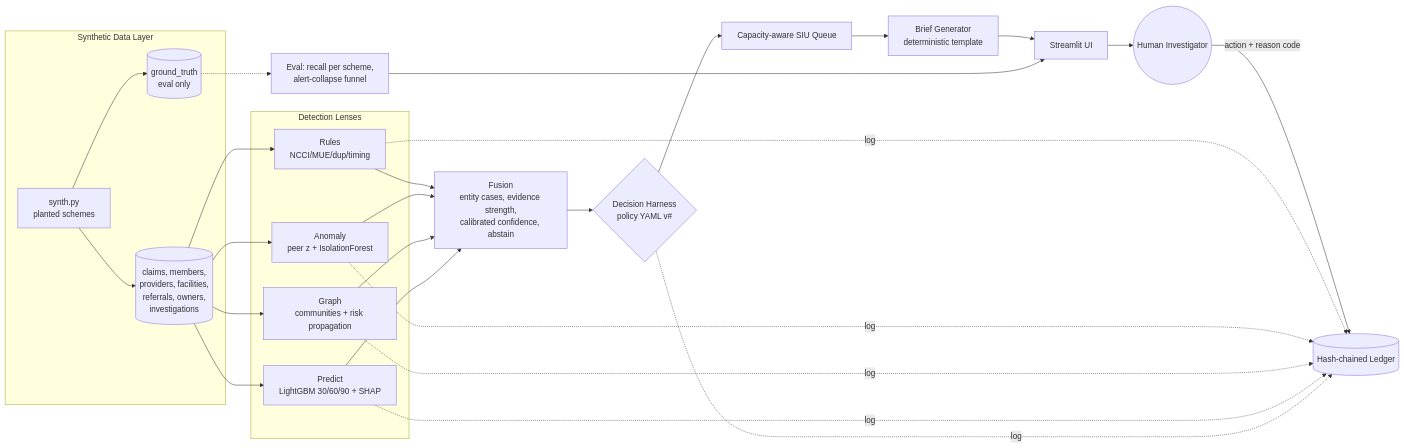
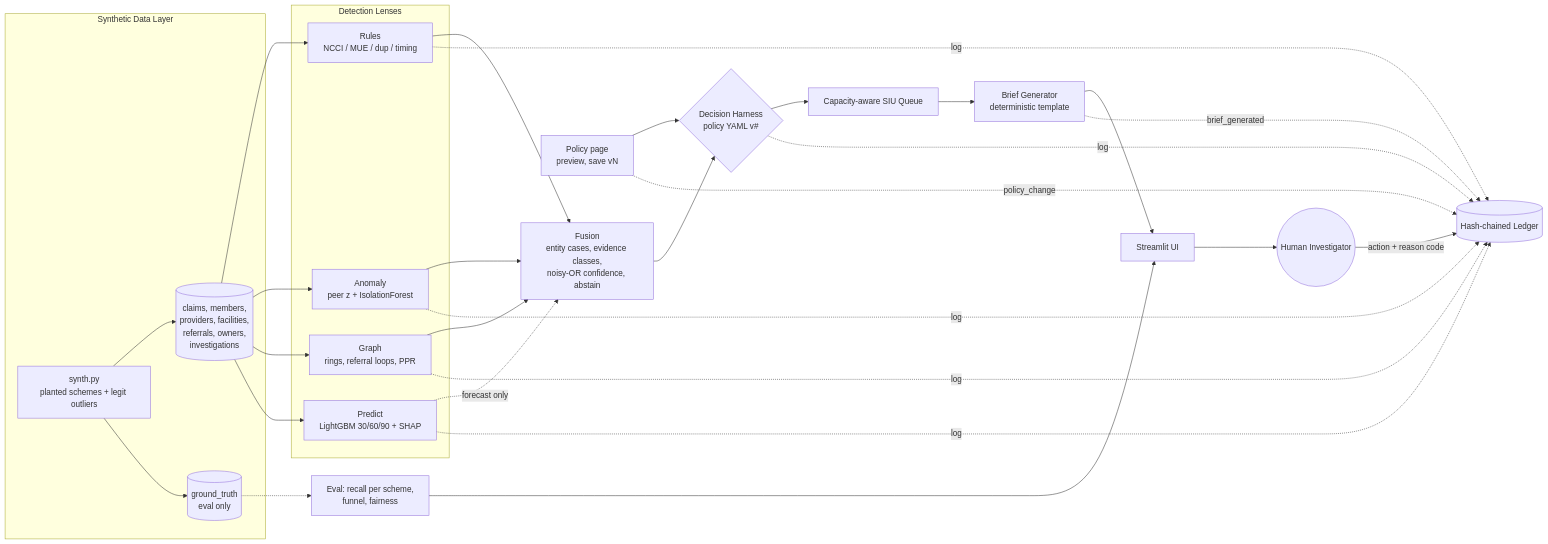
One commit to Aryan27-max/ClaimShield-Nexus changed the first of 6 diagrams in ARCHITECTURE.md. Above: the diagram before and after it, drawn with Mermaid. The commit also changed other lines of this file and 1 other file, not shown here.

Commit message:
docs: professional readme

````diff
--- a/ARCHITECTURE.md
+++ b/ARCHITECTURE.md
@@ -11,25 +11,29 @@
 ```mermaid
 flowchart LR
   subgraph DATA[Synthetic Data Layer]
-    G[synth.py<br/>planted schemes] --> T[(claims, members,<br/>providers, facilities,<br/>referrals, owners,<br/>investigations)]
-    G --> GT[(ground_truth<br/>eval only)]
+    G["synth.py<br/>planted schemes + legit outliers"] --> T[("claims, members,<br/>providers, facilities,<br/>referrals, owners,<br/>investigations")]
+    G --> GT[("ground_truth<br/>eval only")]
   end
 
   subgraph LENSES[Detection Lenses]
-    R[Rules<br/>NCCI/MUE/dup/timing]
-    A[Anomaly<br/>peer z + IsolationForest]
-    N[Graph<br/>communities + risk propagation]
-    P[Predict<br/>LightGBM 30/60/90 + SHAP]
+    R["Rules<br/>NCCI / MUE / dup / timing"]
+    A["Anomaly<br/>peer z + IsolationForest"]
+    N["Graph<br/>rings, referral loops, PPR"]
+    P["Predict<br/>LightGBM 30/60/90 + SHAP"]
   end
 
   T --> R & A & N & P
-  R & A & N & P --> F[Fusion<br/>entity cases, evidence strength,<br/>calibrated confidence, abstain]
-  F --> H{Decision Harness<br/>policy YAML v#}
-  H --> Q[Capacity-aware SIU Queue]
-  Q --> B[Brief Generator<br/>deterministic template]
+  R & A & N --> F["Fusion<br/>entity cases, evidence classes,<br/>noisy-OR confidence, abstain"]
+  P -.->|forecast only| F
+  F --> H{"Decision Harness<br/>policy YAML v#"}
+  PE["Policy page<br/>preview, save vN"] --> H
+  H --> Q["Capacity-aware SIU Queue"]
+  Q --> B["Brief Generator<br/>deterministic template"]
   B --> UI[Streamlit UI]
   UI --> HU((Human Investigator))
-  HU -->|action + reason code| L[(Hash-chained Ledger)]
+  HU -->|action + reason code| L[("Hash-chained Ledger")]
   R & A & N & P & H -.log.-> L
-  GT -.-> E[Eval: recall per scheme,<br/>alert-collapse funnel] --> UI
+  PE -.->|policy_change| L
+  B -.->|brief_generated| L
+  GT -.-> E["Eval: recall per scheme,<br/>funnel, fairness"] --> UI
 ```
````
